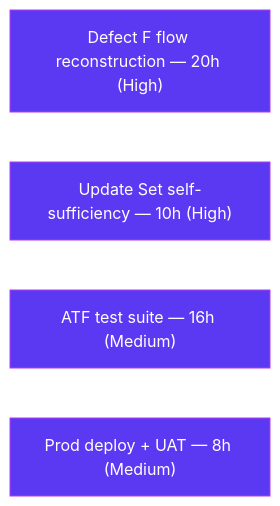
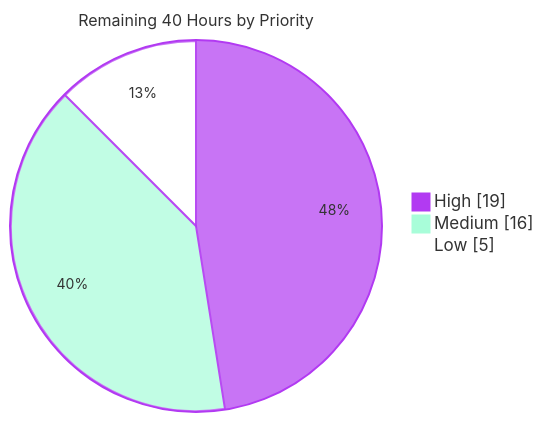
One commit to Blitzy-Sandbox/blitzy-ArkCase changed the third of 3 diagrams in blitzy/documentation/Project Guide.md. Above: the diagram before and after it, drawn with Mermaid. The commit also changed other lines of this file, not shown here.

Commit message:
Adding Blitzy Project Guide: Project Status and Human Tasks Remaining

````diff
--- a/blitzy/documentation/Project Guide.md
+++ b/blitzy/documentation/Project Guide.md
@@ -229,8 +281,8 @@
 ```mermaid
-%%{init: {'theme':'base', 'themeVariables': {'primaryColor':'#5B39F3','primaryTextColor':'#FFFFFF','primaryBorderColor':'#B23AF2','lineColor':'#B23AF2'}}}%%
-graph LR
-    A["Defect F flow reconstruction — 20h (High)"]
-    B["Update Set self-sufficiency — 10h (High)"]
-    C["ATF test suite — 16h (Medium)"]
-    D["Prod deploy + UAT — 8h (Medium)"]
+%%{init: {'theme':'base', 'themeVariables': {'pie1':'#B23AF2','pie2':'#A8FDD9','pie3':'#FFFFFF','pieStrokeColor':'#B23AF2','pieStrokeWidth':'2px','pieOuterStrokeColor':'#B23AF2','pieTitleTextSize':'16px','pieSectionTextSize':'14px'}}}%%
+pie showData
+    title Remaining 40 Hours by Priority
+    "High" : 19
+    "Medium" : 16
+    "Low" : 5
 ```
````
